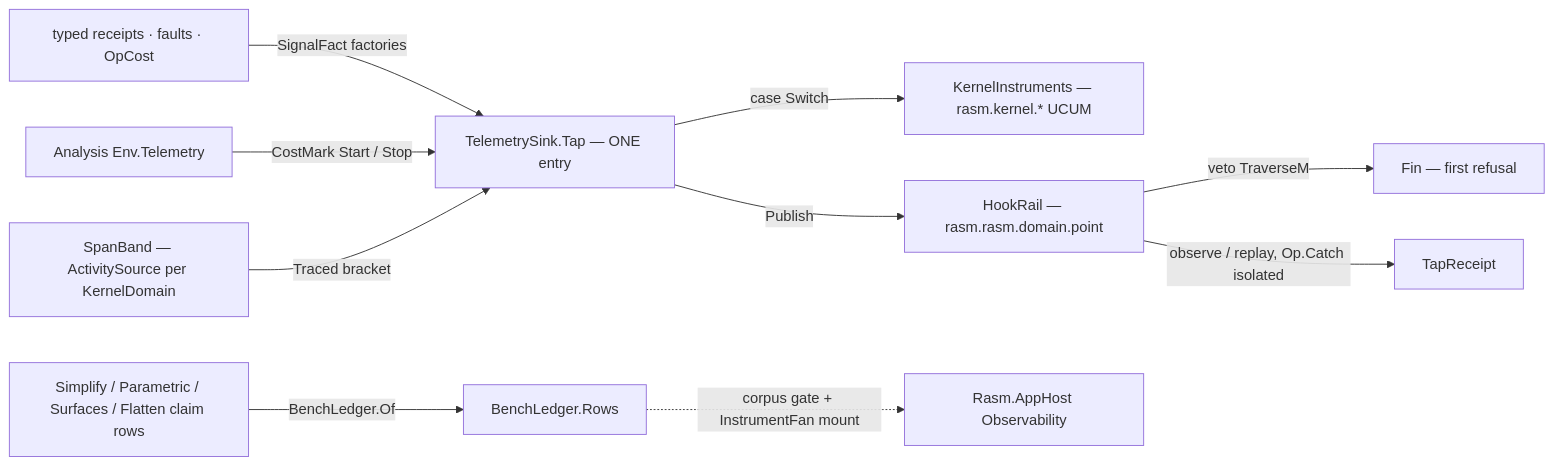
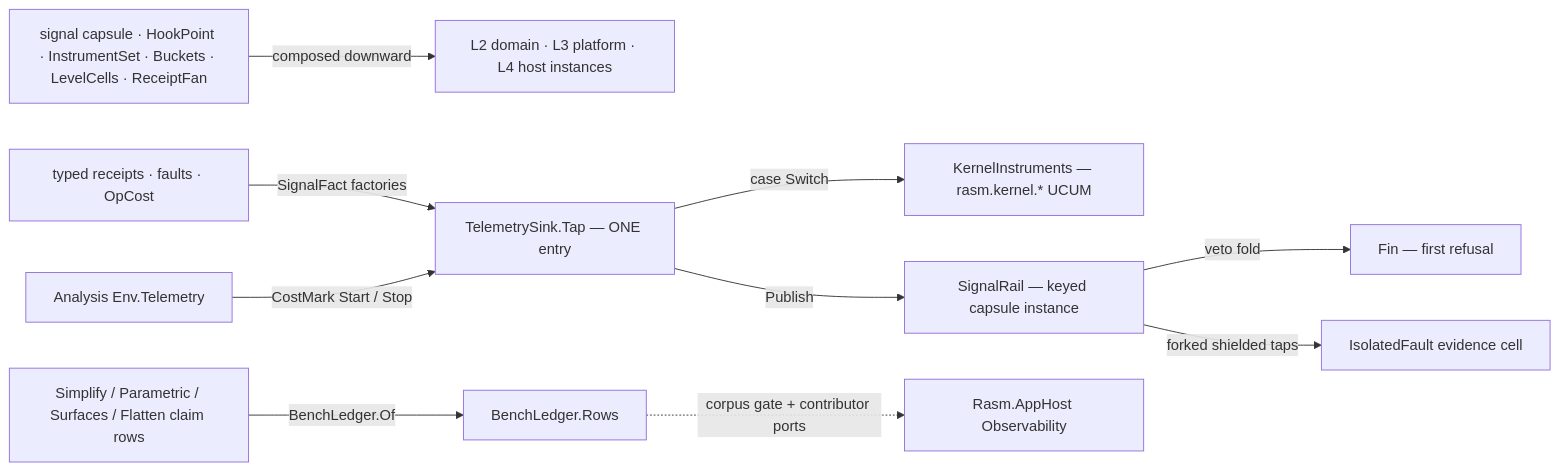
One commit to bsamiee/Rasm changed the diagram in libs/csharp/Rasm/.planning/Domain/telemetry.md. Above: the diagram before and after it, drawn with Mermaid. The commit also changed other lines of this file and 293 other files, not shown here.

````diff
--- a/libs/csharp/Rasm/.planning/Domain/telemetry.md
+++ b/libs/csharp/Rasm/.planning/Domain/telemetry.md
@@ -317,14 +599,14 @@
 ```mermaid
 flowchart LR
     accTitle: Kernel signal fabric
-    accDescr: Typed receipts, faults, and cost capsules flow through one sink onto instruments and the hook rail, with claim rows folding into the ledger the AppHost gate ingests.
+    accDescr: Typed receipts, faults, and cost capsules flow through one sink onto instruments and the keyed signal rail, every stratum composes the same capsule downward, and claim rows fold into the ledger the AppHost gate ingests.
+    Capsule["signal capsule · HookPoint · InstrumentSet · Buckets · LevelCells · ReceiptFan"] -->|composed downward| Strata["L2 domain · L3 platform · L4 host instances"]
     Receipts["typed receipts · faults · OpCost"] -->|SignalFact factories| Sink["TelemetrySink.Tap — ONE entry"]
     Sink -->|case Switch| Instruments["KernelInstruments — rasm.kernel.* UCUM"]
-    Sink -->|Publish| Rail["HookRail — rasm.rasm.domain.point"]
-    Rail -->|veto TraverseM| Verdict["Fin — first refusal"]
-    Rail -->|observe / replay, Op.Catch isolated| TapReceipt
+    Sink -->|Publish| Rail["SignalRail — keyed capsule instance"]
+    Rail -->|veto fold| Verdict["Fin — first refusal"]
+    Rail -->|forked shielded taps| Faults["IsolatedFault evidence cell"]
     Env["Analysis Env.Telemetry"] -->|CostMark Start / Stop| Sink
-    Spans["SpanBand — ActivitySource per KernelDomain"] -->|Traced bracket| Sink
     Claims["Simplify / Parametric / Surfaces / Flatten claim rows"] -->|BenchLedger.Of| Ledger["BenchLedger.Rows"]
-    Ledger -.->|corpus gate + InstrumentFan mount| AppHost["Rasm.AppHost Observability"]
+    Ledger -.->|corpus gate + contributor ports| AppHost["Rasm.AppHost Observability"]
 ```
````
